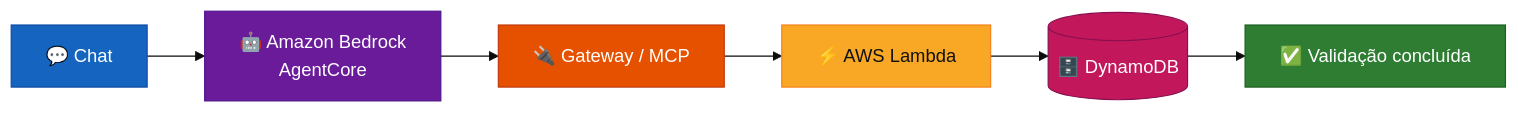
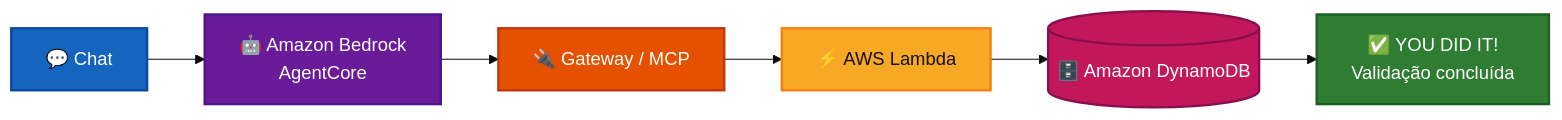
Before and after one commit to Rogerio5/aws-genai-smart-assistant-lab: diagram 11 of 11 in README.md, drawn with Mermaid (base theme). The commit also changed other lines of this file, not shown here.

````diff
--- a/README.md
+++ b/README.md
@@ -507,30 +649,39 @@
 ```mermaid
 flowchart LR
 
     CHAT["💬 Chat"]
+
     AGENT["🤖 Amazon Bedrock<br/>AgentCore"]
+
     MCP["🔌 Gateway / MCP"]
+
     LAMBDA["⚡ AWS Lambda"]
-    DB[("🗄️ DynamoDB")]
-    SUCCESS["✅ Validação concluída"]
+
+    DB[("🗄️ Amazon DynamoDB")]
+
+    SUCCESS["✅ YOU DID IT!<br/>Validação concluída"]
 
     CHAT --> AGENT
+
     AGENT --> MCP
+
     MCP --> LAMBDA
+
     LAMBDA --> DB
+
     DB --> SUCCESS
 
-    classDef user fill:#1565C0,stroke:#0D47A1,color:#ffffff
-    classDef ai fill:#6A1B9A,stroke:#4A148C,color:#ffffff
-    classDef integration fill:#E65100,stroke:#BF360C,color:#ffffff
-    classDef compute fill:#F9A825,stroke:#F57F17,color:#111111
-    classDef database fill:#C2185B,stroke:#880E4F,color:#ffffff
-    classDef success fill:#2E7D32,stroke:#1B5E20,color:#ffffff
+    classDef user fill:#1565C0,stroke:#0D47A1,color:#ffffff,stroke-width:2px
+    classDef ai fill:#6A1B9A,stroke:#4A148C,color:#ffffff,stroke-width:2px
+    classDef integration fill:#E65100,stroke:#BF360C,color:#ffffff,stroke-width:2px
+    classDef compute fill:#F9A825,stroke:#F57F17,color:#111111,stroke-width:2px
+    classDef database fill:#C2185B,stroke:#880E4F,color:#ffffff,stroke-width:2px
+    classDef success fill:#2E7D32,stroke:#1B5E20,color:#ffffff,stroke-width:2px
 
     class CHAT user
     class AGENT ai
     class MCP integration
     class LAMBDA compute
     class DB database
     class SUCCESS success
 ```
````
